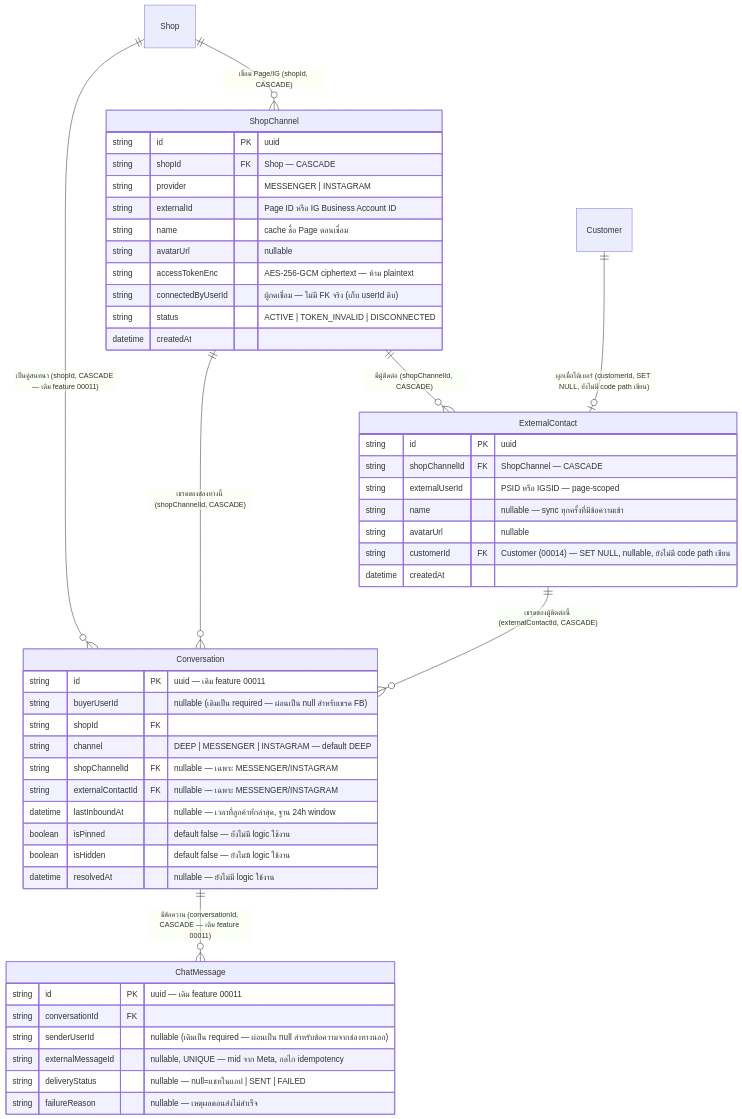
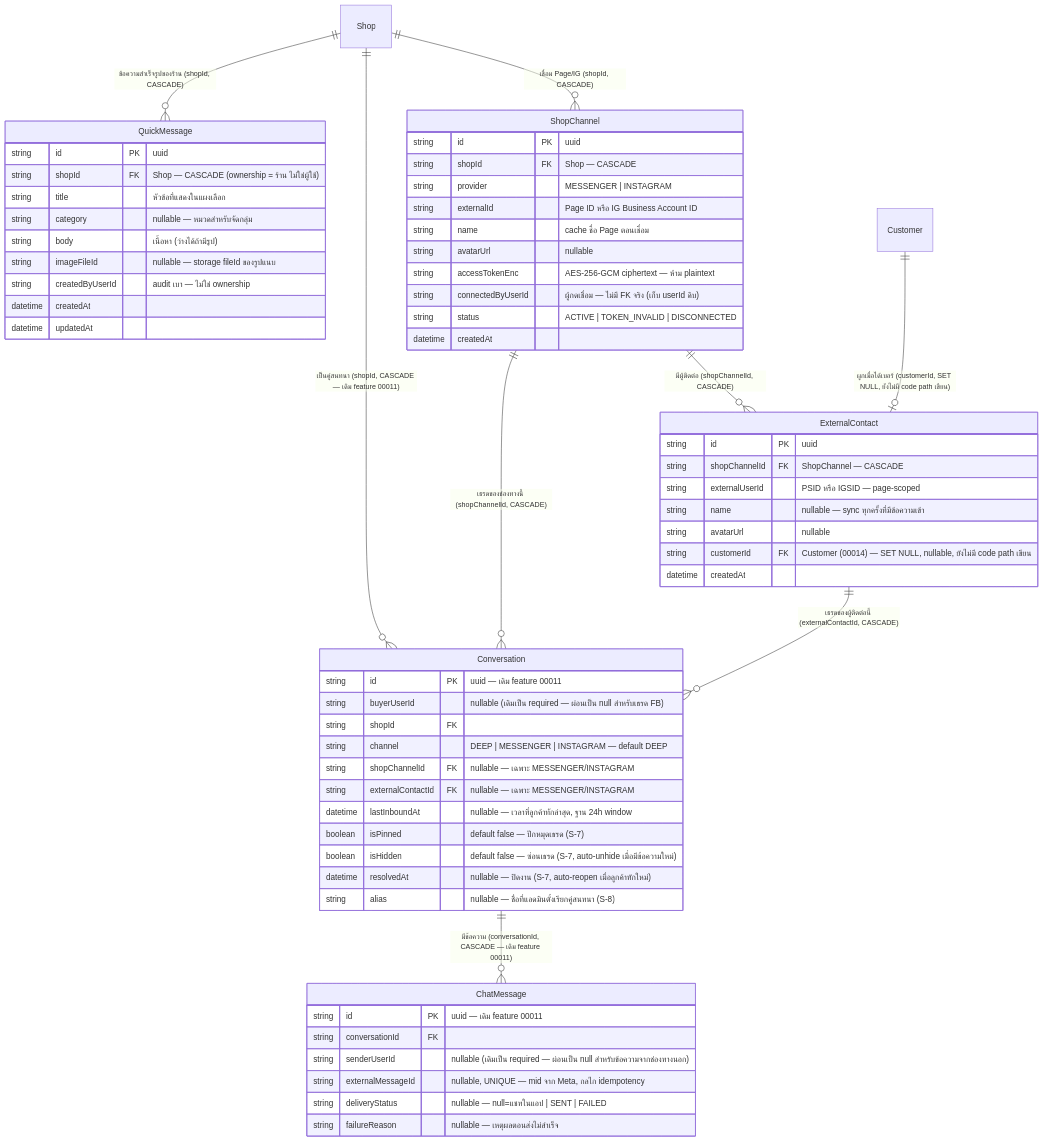
One commit to CodeCooLTH/deep-web changed the diagram in docs/20 - Features/00018 - Facebook Chat Integration/DATABASE.md. Above: the diagram before and after it, drawn with Mermaid. The commit also changed other lines of this file and 6 other files, not shown here.

````diff
--- a/docs/20 - Features/00018 - Facebook Chat Integration/DATABASE.md
+++ b/docs/20 - Features/00018 - Facebook Chat Integration/DATABASE.md
@@ -64,52 +74,65 @@
 ```mermaid
 erDiagram
+    Shop ||--o{ QuickMessage : "ข้อความสำเร็จรูปของร้าน (shopId, CASCADE)"
     Shop ||--o{ ShopChannel : "เชื่อม Page/IG (shopId, CASCADE)"
     ShopChannel ||--o{ ExternalContact : "มีผู้ติดต่อ (shopChannelId, CASCADE)"
     Customer ||--o| ExternalContact : "ผูกเมื่อได้เบอร์ (customerId, SET NULL, ยังไม่มี code path เขียน)"
     Shop ||--o{ Conversation : "เป็นคู่สนทนา (shopId, CASCADE — เดิม feature 00011)"
     ShopChannel ||--o{ Conversation : "เธรดของช่องทางนี้ (shopChannelId, CASCADE)"
     ExternalContact ||--o{ Conversation : "เธรดของผู้ติดต่อนี้ (externalContactId, CASCADE)"
     Conversation ||--o{ ChatMessage : "มีข้อความ (conversationId, CASCADE — เดิม feature 00011)"
 
     ShopChannel {
         string id PK "uuid"
         string shopId FK "Shop — CASCADE"
         string provider "MESSENGER | INSTAGRAM"
         string externalId "Page ID หรือ IG Business Account ID"
         string name "cache ชื่อ Page ตอนเชื่อม"
         string avatarUrl "nullable"
         string accessTokenEnc "AES-256-GCM ciphertext — ห้าม plaintext"
         string connectedByUserId "ผู้กดเชื่อม — ไม่มี FK จริง (เก็บ userId ดิบ)"
         string status "ACTIVE | TOKEN_INVALID | DISCONNECTED"
         datetime createdAt
     }
     ExternalContact {
         string id PK "uuid"
         string shopChannelId FK "ShopChannel — CASCADE"
         string externalUserId "PSID หรือ IGSID — page-scoped"
         string name "nullable — sync ทุกครั้งที่มีข้อความเข้า"
         string avatarUrl "nullable"
         string customerId FK "Customer (00014) — SET NULL, nullable, ยังไม่มี code path เขียน"
         datetime createdAt
     }
     Conversation {
         string id PK "uuid — เดิม feature 00011"
         string buyerUserId "nullable (เดิมเป็น required — ผ่อนเป็น null สำหรับเธรด FB)"
         string shopId FK
         string channel "DEEP | MESSENGER | INSTAGRAM — default DEEP"
         string shopChannelId FK "nullable — เฉพาะ MESSENGER/INSTAGRAM"
         string externalContactId FK "nullable — เฉพาะ MESSENGER/INSTAGRAM"
         datetime lastInboundAt "nullable — เวลาที่ลูกค้าทักล่าสุด, ฐาน 24h window"
-        boolean isPinned "default false — ยังไม่มี logic ใช้งาน"
-        boolean isHidden "default false — ยังไม่มี logic ใช้งาน"
-        datetime resolvedAt "nullable — ยังไม่มี logic ใช้งาน"
+        boolean isPinned "default false — ปักหมุดเธรด (S-7)"
+        boolean isHidden "default false — ซ่อนเธรด (S-7, auto-unhide เมื่อมีข้อความใหม่)"
+        datetime resolvedAt "nullable — ปิดงาน (S-7, auto-reopen เมื่อลูกค้าทักใหม่)"
+        string alias "nullable — ชื่อที่แอดมินตั้งเรียกคู่สนทนา (S-8)"
+    }
+    QuickMessage {
+        string id PK "uuid"
+        string shopId FK "Shop — CASCADE (ownership = ร้าน ไม่ใช่ผู้ใช้)"
+        string title "หัวข้อที่แสดงในแผงเลือก"
+        string category "nullable — หมวดสำหรับจัดกลุ่ม"
+        string body "เนื้อหา (ว่างได้ถ้ามีรูป)"
+        string imageFileId "nullable — storage fileId ของรูปแนบ"
+        string createdByUserId "audit เบา — ไม่ใช่ ownership"
+        datetime createdAt
+        datetime updatedAt
     }
     ChatMessage {
         string id PK "uuid — เดิม feature 00011"
         string conversationId FK
         string senderUserId "nullable (เดิมเป็น required — ผ่อนเป็น null สำหรับข้อความจากช่องทางนอก)"
         string externalMessageId "nullable, UNIQUE — mid จาก Meta, กลไก idempotency"
         string deliveryStatus "nullable — null=แชทในแอป | SENT | FAILED"
         string failureReason "nullable — เหตุผลตอนส่งไม่สำเร็จ"
     }
 ```
````
